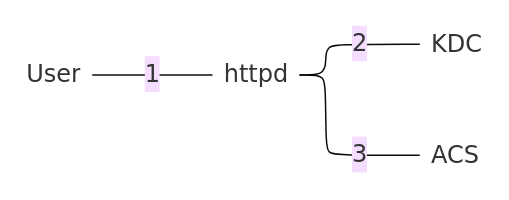
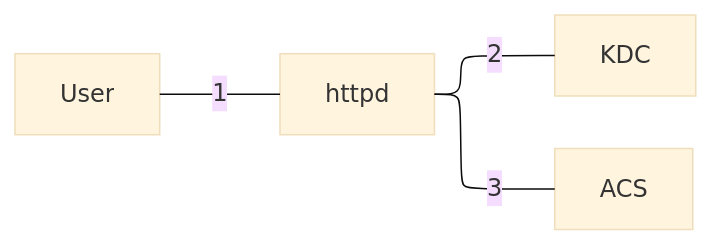
The first of 2 diagrams in reverse proxy/really working Kerberos authentication.md (papinifrancesco/Alfresco), drawn with Mermaid (base theme) before and after one commit. The commit also changed other lines of this file, not shown here.

Commit message:
Update really working Kerberos authentication.md

````diff
--- a/reverse proxy/really working Kerberos authentication.md
+++ b/reverse proxy/really working Kerberos authentication.md
@@ -14,18 +14,14 @@
 ```mermaid
 ---
 config:
   layout: elk
   elk:
     mergeEdges: true
     nodePlacementStrategy: LINEAR_SEGMENTS
 ---
 flowchart LR
     n1["User"] -- 1 --- n2["httpd"]
     n2 -- 2 --- n3["KDC"]
     n2 -- 3 --- n4["ACS"]
 
-    n1@{ shape: text}
-    n2@{ shape: text}
-    n3@{ shape: text}
-    n4@{ shape: text}
 ```
````
